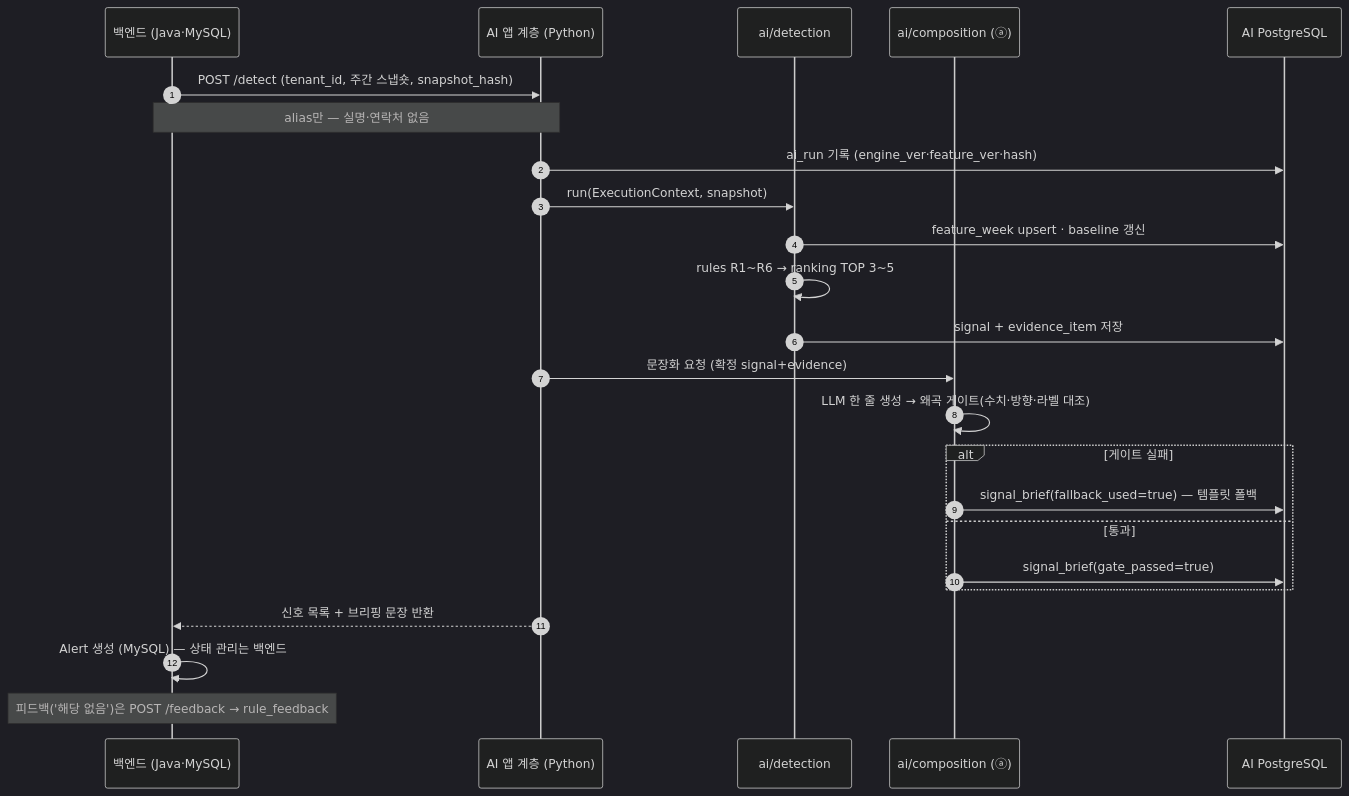
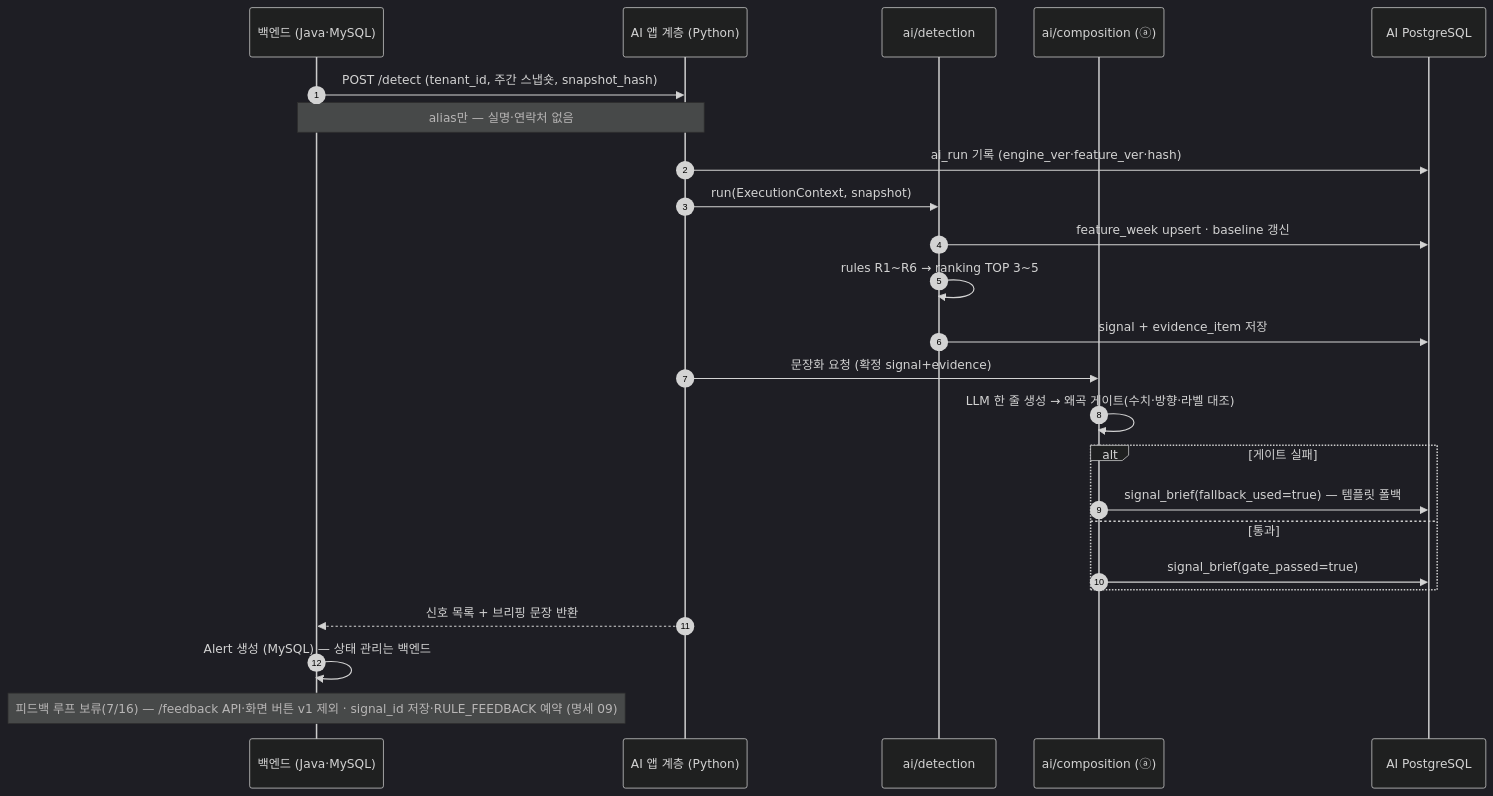
Before and after one commit to MTVS5-CheckOn/CheckOn-AI: the sixth of 12 diagrams in docs/part_a/02_design.md, drawn with Mermaid (dark theme). The commit also changed other lines of this file and 5 other files, not shown here.

````diff
--- a/docs/part_a/02_design.md
+++ b/docs/part_a/02_design.md
@@ -137,26 +137,26 @@
 ```mermaid
 sequenceDiagram
   autonumber
   participant BE as 백엔드 (Java·MySQL)
   participant API as AI 앱 계층 (Python)
   participant DET as ai/detection
   participant CMP as ai/composition (ⓐ)
   participant PG as AI PostgreSQL
   BE->>API: POST /detect (tenant_id, 주간 스냅숏, snapshot_hash)
   Note over BE,API: alias만 — 실명·연락처 없음
   API->>PG: ai_run 기록 (engine_ver·feature_ver·hash)
   API->>DET: run(ExecutionContext, snapshot)
   DET->>PG: feature_week upsert · baseline 갱신
   DET->>DET: rules R1~R6 → ranking TOP 3~5
   DET->>PG: signal + evidence_item 저장
   API->>CMP: 문장화 요청 (확정 signal+evidence)
   CMP->>CMP: LLM 한 줄 생성 → 왜곡 게이트(수치·방향·라벨 대조)
   alt 게이트 실패
     CMP->>PG: signal_brief(fallback_used=true) — 템플릿 폴백
   else 통과
     CMP->>PG: signal_brief(gate_passed=true)
   end
   API-->>BE: 신호 목록 + 브리핑 문장 반환
   BE->>BE: Alert 생성 (MySQL) — 상태 관리는 백엔드
-  Note over BE: 피드백('해당 없음')은 POST /feedback → rule_feedback
+  Note over BE: 피드백 루프 보류(7/16) — /feedback API·화면 버튼 v1 제외 · signal_id 저장·RULE_FEEDBACK 예약 (명세 09)
 ```
````
